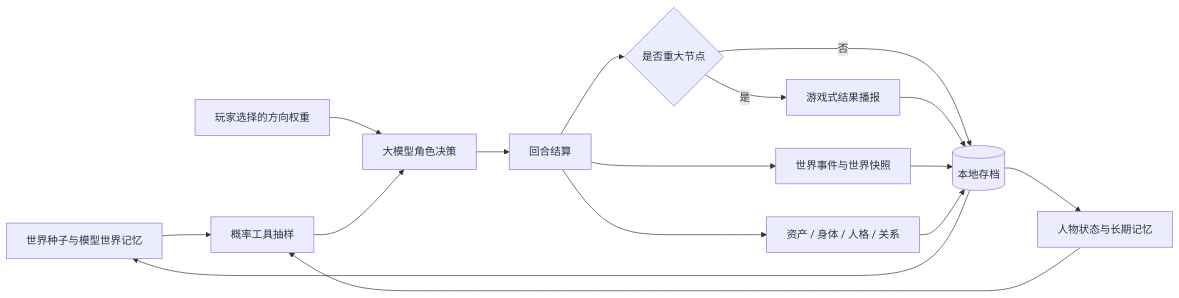
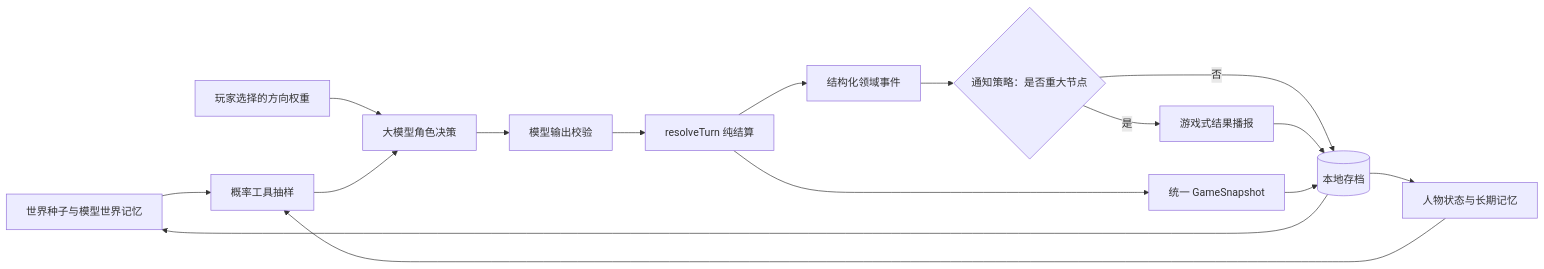
Before and after one commit to ADKcodeXD/lifegamesimulator: the first of 3 diagrams in docs/ARCHITECTURE.md, drawn with Mermaid. The commit also changed other lines of this file and 12 other files, not shown here.

````diff
--- a/docs/ARCHITECTURE.md
+++ b/docs/ARCHITECTURE.md
@@ -12,18 +12,18 @@
 ```mermaid
 flowchart LR
   A[世界种子与模型世界记忆] --> B[概率工具抽样]
   P[人物状态与长期记忆] --> B
   D[玩家选择的方向权重] --> C[大模型角色决策]
   B --> C
-  C --> R[回合结算]
-  R --> W[世界事件与世界快照]
-  R --> F[资产 / 身体 / 人格 / 关系]
-  R --> G{是否重大节点}
+  C --> V[模型输出校验]
+  V --> R[resolveTurn 纯结算]
+  R --> E[结构化领域事件]
+  R --> W[统一 GameSnapshot]
+  E --> G{通知策略：是否重大节点}
   G -->|是| N[游戏式结果播报]
   G -->|否| S
   N --> S
   W --> S[(本地存档)]
-  F --> S
   S --> A
   S --> P
 ```
````
